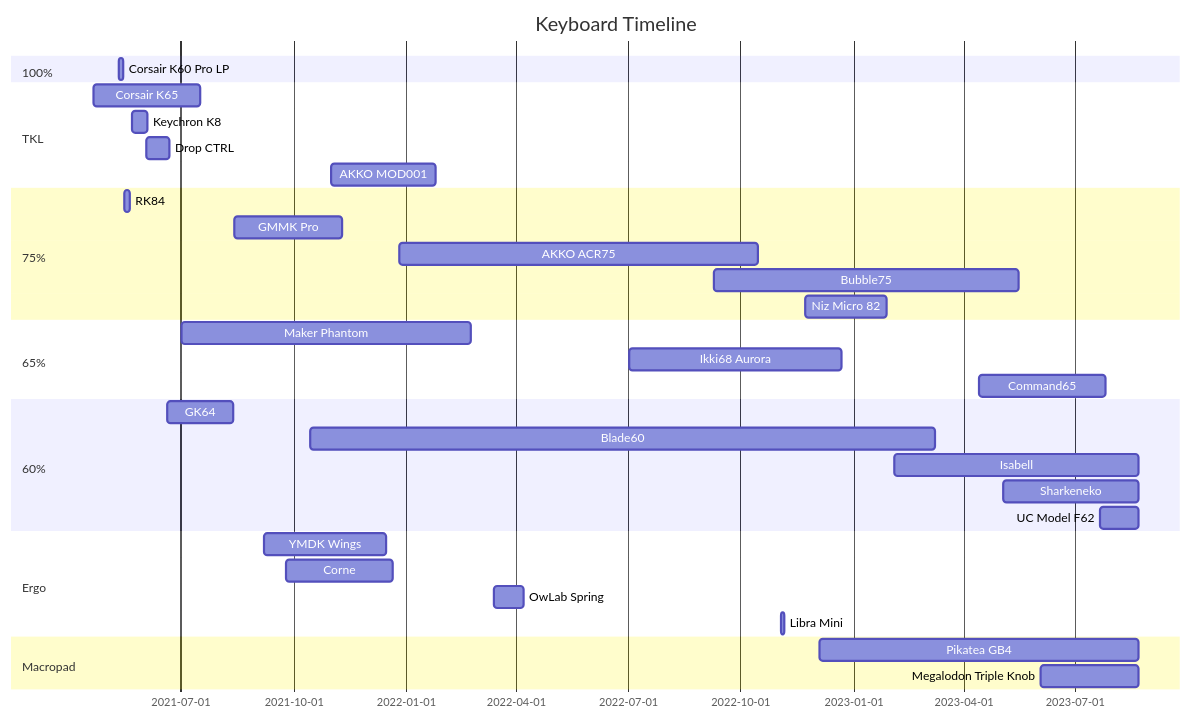
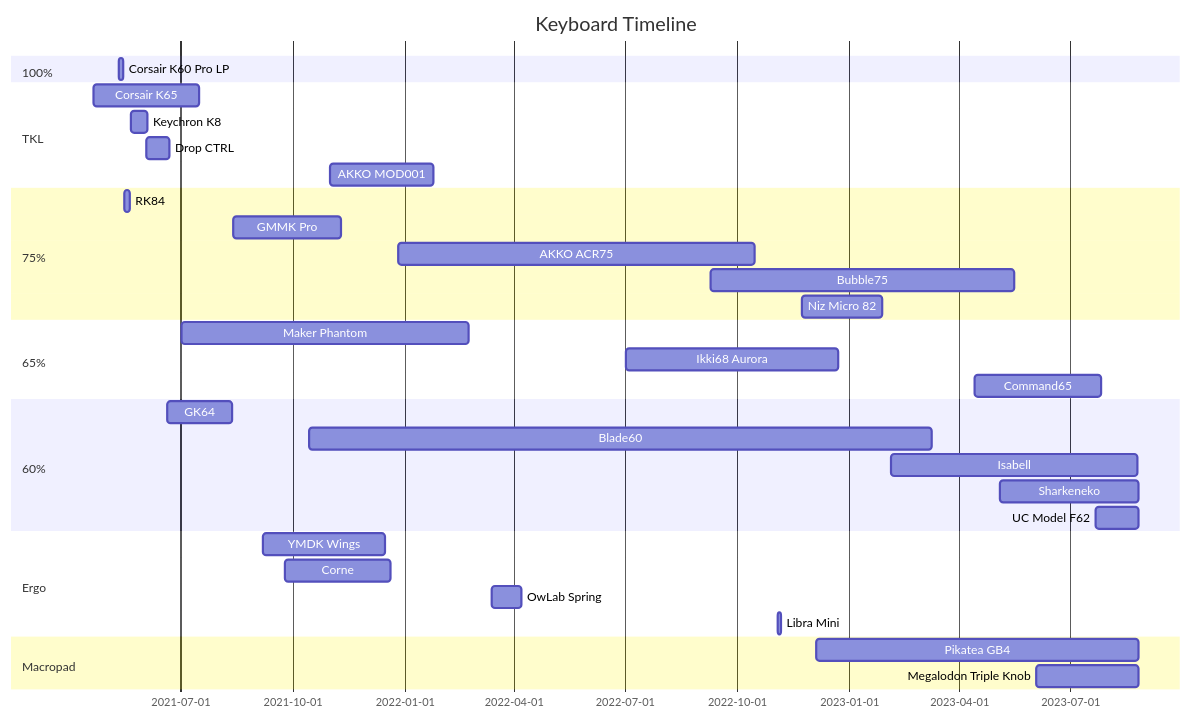
Before and after one commit to d-floe/quartzv4: the diagram in content/keyboard-index.md, drawn with Mermaid. The commit also changed other lines of this file and 1 other file, not shown here.

Commit message:
vault backup: 2023-08-28 09:30:50

````diff
--- a/content/keyboard-index.md
+++ b/content/keyboard-index.md
@@ -6,45 +6,45 @@
 ```mermaid
 gantt
         title Keyboard Timeline
         dateFormat  MMMM Do YYYY
         todayMarker off
 
         section 100%
         Corsair K60 Pro LP:a2, May 12th 2021,May 15th 2021
 
         section TKL
         Corsair K65:a1, April 21st 2021,July 17th 2021
         Keychron K8:a4, May 22nd 2021,June 4th 2021
         Drop CTRL:a5, June 3rd 2021,June 22nd 2021
         AKKO MOD001:a12, November 1st 2021,January 25th 2022
 
         section 75%
         RK84:a3, May 16th 2021,May 21st 2021
         GMMK Pro:a8, August 14th 2021,November 10th 2021
 
         AKKO ACR75:a13, December 27th 2021,October 15th 2022
         Bubble75:a16, September 9th 2022,May 16th 2023
         Niz Micro 82:a18, November 23rd 2022,January 28th 2023
 
         section 65%
         Maker Phantom:a7, July 2nd 2021,February 23rd 2022
         Ikki68 Aurora:a15, July 2nd 2022,December 23rd 2022
         Command65:a20, April 14 2023,July 26th 2023
 
         section 60%
         GK64:a6, June 20th 2021,August 13th 2021
         Blade60:a11, October 15th 2021,March 9th 2023
-        Isabell:a19, February 4th 2023,August 22nd 2023
-        Sharkeneko:a21, May 4th 2023,August 22nd 2023
-        UC Model F62:a22, July 22nd 2023,August 22nd 2023
+        Isabell:a19, February 4th 2023,August 25th 2023
+        Sharkeneko:a21, May 4th 2023,August 26th 2023
+        UC Model F62:a22, July 22nd 2023,August 26th 2023
 
 		section Ergo
         YMDK Wings:a9, September 7th 2021,December 16th 2021
 		Corne:a10, September 25th 2021,December 21st 2021
 		OwLab Spring:a14, March 14th 2022,April 7th 2022
 		Libra Mini:a17, November 3rd 2022,November 6th 2022
 
 		section Macropad
-		Pikatea GB4:apk, December 5th 2022,August 22nd 2023
-		Megalodon Triple Knob:atk, June 3rd 2023,August 22nd 2023
+		Pikatea GB4:apk, December 5th 2022,August 26th 2023
+		Megalodon Triple Knob:atk, June 3rd 2023,August 26th 2023
 ```
````
